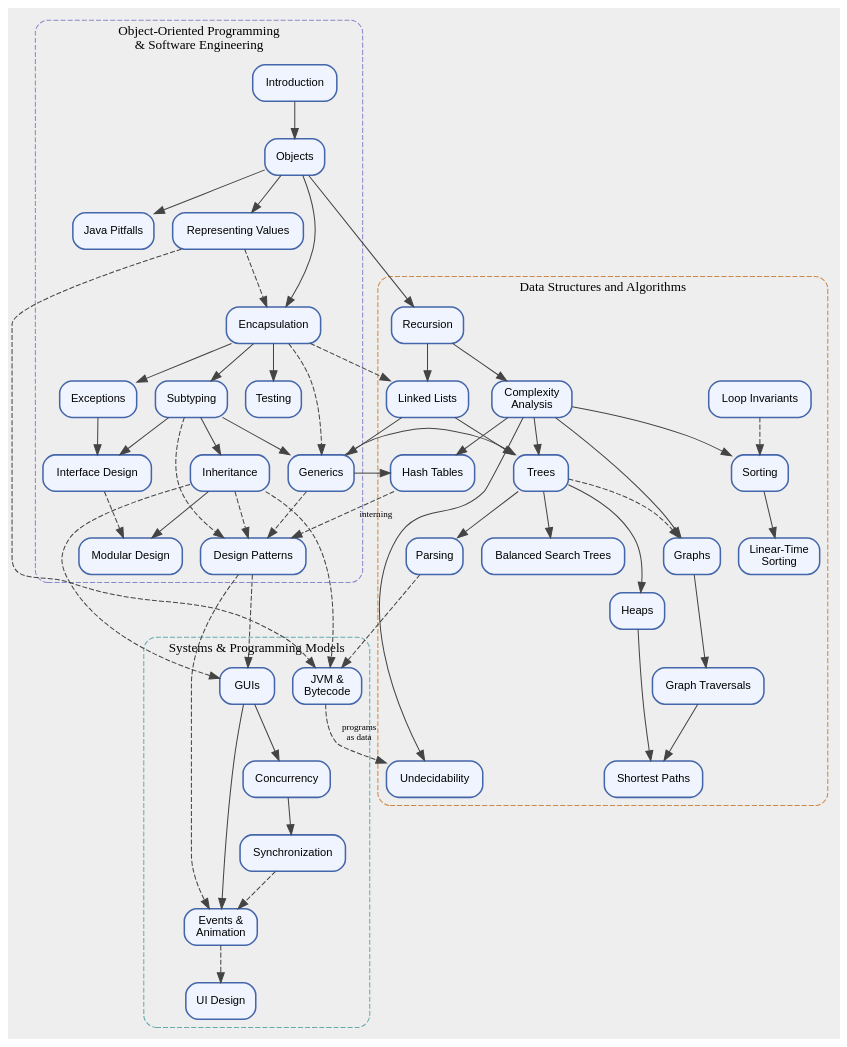
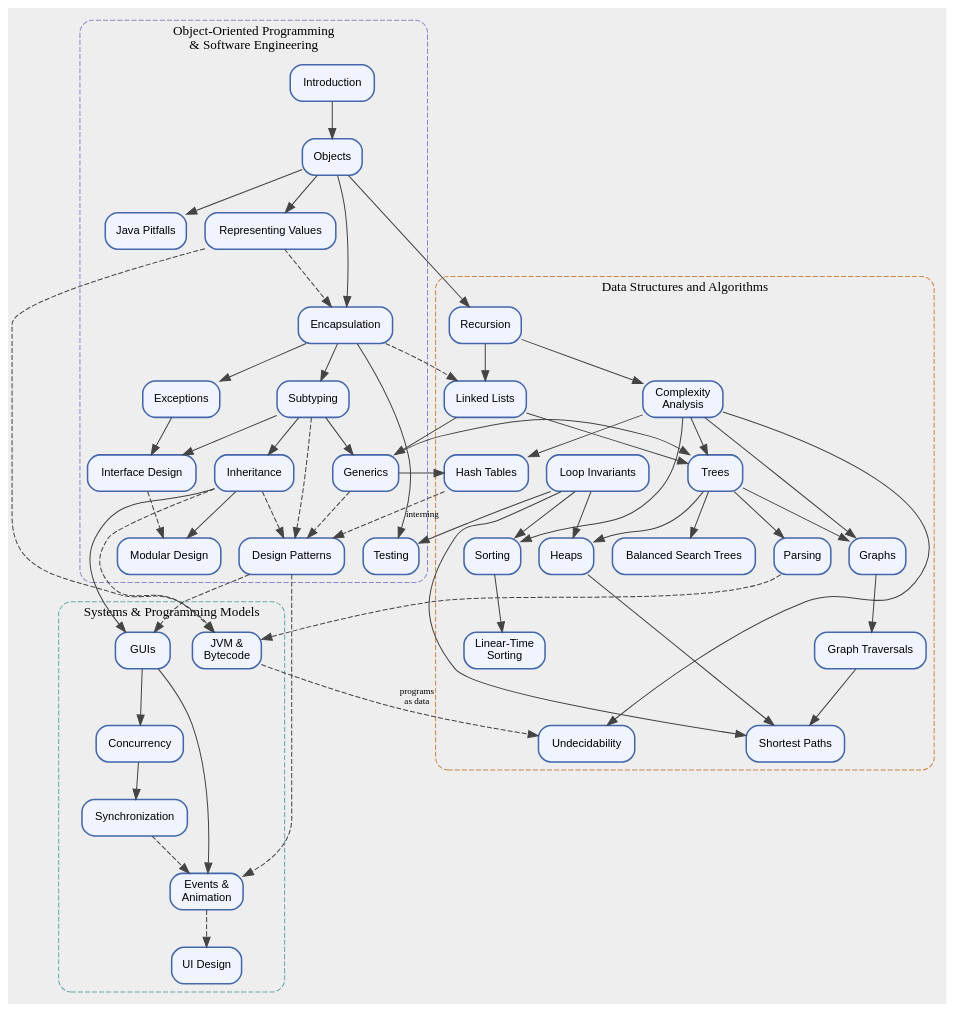
One commit to andrewcmyers/oodds changed the diagram in lectures/dependencies.dot. Above: the diagram before and after it, drawn with Graphviz. The commit also changed 1 other file, not shown here.

Commit message:
More tuneups to diagram

```diff
--- a/lectures/dependencies.dot
+++ b/lectures/dependencies.dot
@@ -1,167 +1,170 @@
 // Lecture dependency diagram
 // Solid edges = strict prerequisite (must read X before Y)
 // Dashed edges = helpful background (X provides useful context for Y)
 
 digraph dependencies {
     rankdir=TB
     node [shape=box, style="rounded,filled", fontname="Helvetica", fontsize=11,
           fillcolor="#f0f4ff", color="#4466aa", penwidth=1.5]
     edge [color="#444444"]
     bgcolor = "#eeeeee"
 
     // === OOP & Software Engineering ===
     subgraph cluster_oop {
         label="Object-Oriented Programming\n& Software Engineering"
         style="rounded,dashed"
         color="#8888cc"
         fontname="Helvetica Bold"
         fontsize=13
 
         intro    [label="Introduction"]
         objects  [label="Objects"]
         pitfalls [label="Java Pitfalls"]
         java_rep [label="Representing Values"]
         encapsulation [label="Encapsulation"]
         subtyping [label="Subtyping"]
         intf_design [label="Interface Design"]
         exceptions [label="Exceptions"]
         inheritance [label="Inheritance"]
         mod_design [label="Modular Design"]
         testing    [label="Testing"]
         patterns   [label="Design Patterns"]
         generics   [label="Generics"]
+        { rank=same; testing; mod_design; }
     }
 
     // === Data Structures and Algorithms ===
     subgraph cluster_dsa {
         label="Data Structures and Algorithms"
         style="rounded,dashed"
         color="#cc8844"
         fontname="Helvetica Bold"
         fontsize=13
 
         recursion [label="Recursion"]
         lists [label="Linked Lists"]
         complexity [label="Complexity\nAnalysis"]
         loopinv    [label="Loop Invariants"]
         trees      [label="Trees"]
         hashtables [label="Hash Tables"]
         parsing    [label="Parsing"]
         sorting    [label="Sorting"]
         radix_sort [label="Linear-Time\nSorting"]
         heaps      [label="Heaps"]
         avl        [label="Balanced Search Trees"]
         graphs     [label="Graphs"]
         traversals [label="Graph Traversals"]
         ssp        [label="Shortest Paths"]
         undecidability  [label="Undecidability"]
         { rank=same; undecidability; ssp; }
     }
 
     // === Programming Models ===
     subgraph cluster_pm {
         label="Systems & Programming Models"
         style="rounded,dashed"
         color="#66aaaa"
         fontname="Helvetica Bold"
         fontsize=13
 
         gui        [label="GUIs"]
         guievents  [label="Events &\nAnimation"]
         uidesign   [label="UI Design"]
         concurrency     [label="Concurrency"]
         synchronization [label="Synchronization"]
         jvm             [label="JVM &\nBytecode"]
     }
 
     // ============================
     // Strict prerequisites (solid)
     // ============================
 
     // Core OOP chain
     intro -> objects
     objects -> pitfalls
     objects -> java_rep
     objects -> encapsulation
     encapsulation -> subtyping
     subtyping -> intf_design
     subtyping -> inheritance
     encapsulation -> exceptions
     exceptions -> intf_design
 
     // Software engineering
     inheritance -> mod_design
     encapsulation -> testing
 
     // Data structures
     objects -> recursion
     recursion -> complexity
     recursion -> lists
     subtyping -> generics
     lists -> trees
     lists -> generics
     generics -> trees
     generics -> hashtables
     trees -> heaps
     trees -> avl
     trees -> parsing
 
     // Algorithm analysis
     complexity -> sorting
     complexity -> trees
     complexity -> hashtables
     sorting -> radix_sort
 
     // Graphs
-    trees -> graphs [style=dashed]  // graphs generalize but don't strictly require trees
+    trees -> graphs
     complexity -> graphs
     graphs -> traversals
     traversals -> ssp
     heaps -> ssp
 
     // GUI
     gui -> guievents
 
     // Systems
     concurrency -> synchronization
 
     // ============================
     // Helpful background (dashed)
     // ============================
 
     // OOP connections
     java_rep -> encapsulation [style=dashed]
     java_rep -> jvm [style=dashed]
     intf_design -> mod_design [style=dashed]
 
     // SE to data structures
     encapsulation -> lists [style=dashed]
-    encapsulation -> generics [style=dashed]
 
     // Algorithm analysis
-    loopinv -> sorting [style=dashed]
+    loopinv -> sorting
+    loopinv -> ssp
+    loopinv -> heaps
+    loopinv -> testing
 
     // Design patterns bridge
     inheritance -> patterns [style=dashed]
     subtyping -> patterns [style=dashed]
     generics -> patterns [style=dashed]
     hashtables -> patterns [style=dashed, label="interning", fontsize=9]
 
     // GUI connections
     patterns -> gui [style=dashed]
-    inheritance -> gui [style=dashed]
+    inheritance -> gui
     patterns -> guievents [style=dashed]
     guievents -> uidesign [style=dashed]
 
     // Concurrency
     gui -> concurrency
     synchronization -> guievents [style=dashed]
 
     // JVM
     inheritance -> jvm [style=dashed]
     parsing -> jvm [style=dashed]
 
     // Undecidability
     complexity -> undecidability
     jvm -> undecidability [style=dashed, label="programs\nas data", fontsize=9]
 }
```
